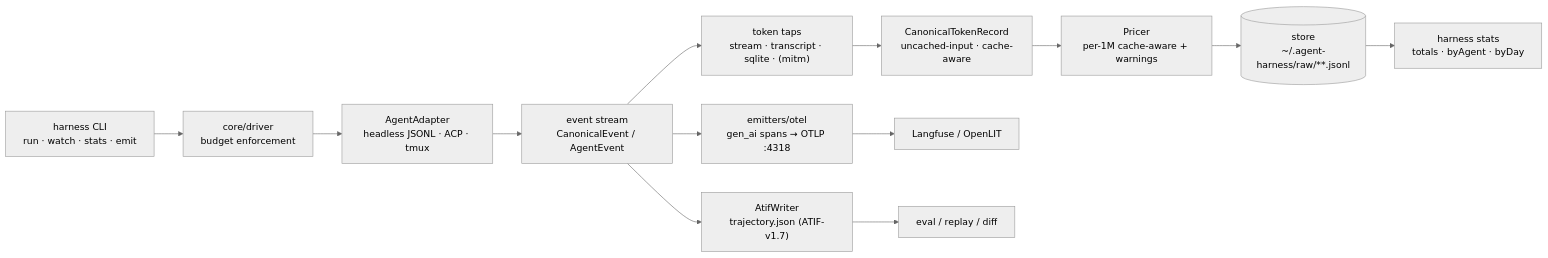
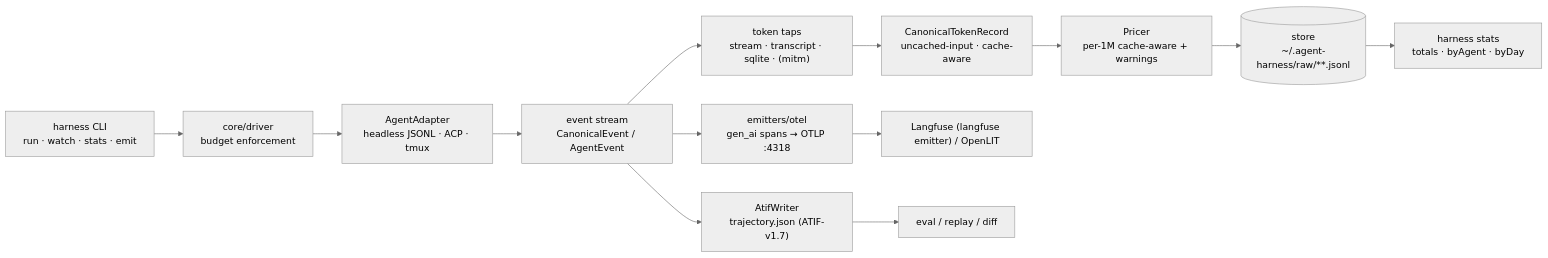
One commit to sblattj/agentic-coding-harness changed the diagram in docs/ARCHITECTURE.md. Above: the diagram before and after it, drawn with Mermaid (neutral theme). The commit also changed other lines of this file and 8 other files, not shown here.

````diff
--- a/docs/ARCHITECTURE.md
+++ b/docs/ARCHITECTURE.md
@@ -183,15 +202,15 @@
 ```mermaid
 flowchart LR
     CLI["harness CLI<br/>run · watch · stats · emit"] --> DRV["core/driver<br/>budget enforcement"]
     DRV --> ADP["AgentAdapter<br/>headless JSONL · ACP · tmux"]
     ADP --> EVT["event stream<br/>CanonicalEvent / AgentEvent"]
     EVT --> NORM["token taps<br/>stream · transcript · sqlite · (mitm)"]
     NORM --> CANON["CanonicalTokenRecord<br/>uncached-input · cache-aware"]
     CANON --> PRICE["Pricer<br/>per-1M cache-aware + warnings"]
     EVT --> ATIF["AtifWriter<br/>trajectory.json (ATIF-v1.7)"]
     EVT --> OTEL["emitters/otel<br/>gen_ai spans → OTLP :4318"]
     PRICE --> STORE[("store<br/>~/.agent-harness/raw/**.jsonl")]
-    OTEL --> SINKS["Langfuse / OpenLIT"]
+    OTEL --> SINKS["Langfuse (langfuse emitter) / OpenLIT"]
     STORE --> STATS["harness stats<br/>totals · byAgent · byDay"]
     ATIF --> EVAL["eval / replay / diff"]
 ```
````
